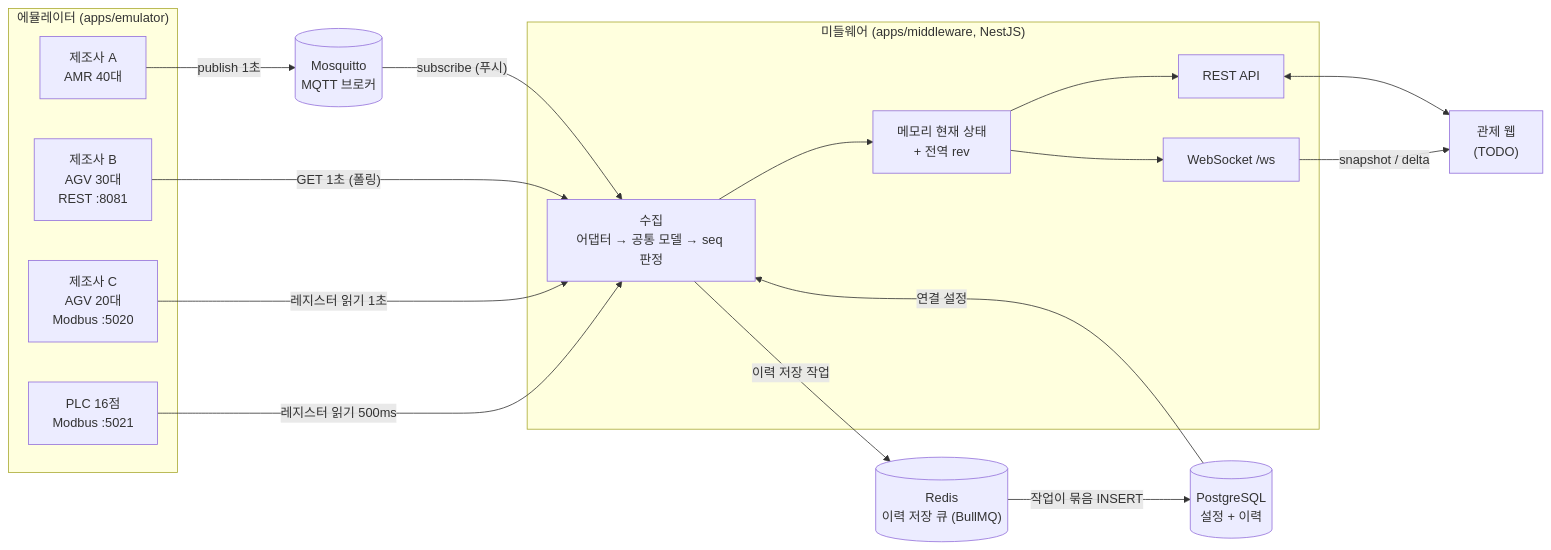
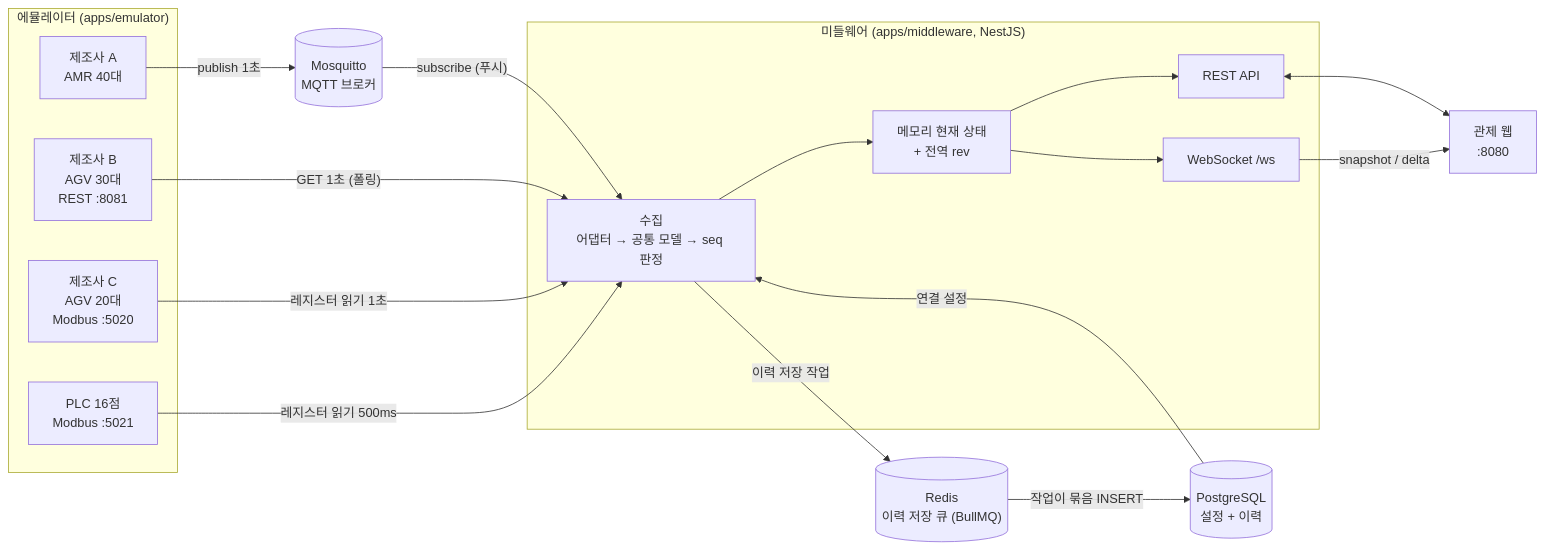
The first of 6 diagrams in README.md (dksalsgus/agv-amr-control-middleware), drawn with Mermaid before and after one commit. The commit also changed 4 other files, not shown here.

````diff
--- a/README.md
+++ b/README.md
@@ -144,34 +144,34 @@
 ```mermaid
 flowchart LR
   subgraph EMU["에뮬레이터 (apps/emulator)"]
     A["제조사 A<br/>AMR 40대"]
     B["제조사 B<br/>AGV 30대<br/>REST :8081"]
     C["제조사 C<br/>AGV 20대<br/>Modbus :5020"]
     P["PLC 16점<br/>Modbus :5021"]
   end
 
   MQ[("Mosquitto<br/>MQTT 브로커")]
 
   subgraph MW["미들웨어 (apps/middleware, NestJS)"]
     ING["수집<br/>어댑터 → 공통 모델 → seq 판정"]
     MEM["메모리 현재 상태<br/>+ 전역 rev"]
     API["REST API"]
     WS["WebSocket /ws"]
   end
 
   DB[("PostgreSQL<br/>설정 + 이력")]
   RQ[("Redis<br/>이력 저장 큐 (BullMQ)")]
-  WEB["관제 웹<br/>(TODO)"]
+  WEB["관제 웹<br/>:8080"]
 
   A -- "publish 1초" --> MQ -- "subscribe (푸시)" --> ING
   B -- "GET 1초 (폴링)" --> ING
   C -- "레지스터 읽기 1초" --> ING
   P -- "레지스터 읽기 500ms" --> ING
   ING --> MEM
   ING -- "이력 저장 작업" --> RQ -- "작업이 묶음 INSERT" --> DB
   DB -- "연결 설정" --> ING
   MEM --> API
   MEM --> WS
   API <--> WEB
   WS -- "snapshot / delta" --> WEB
 ```
````
